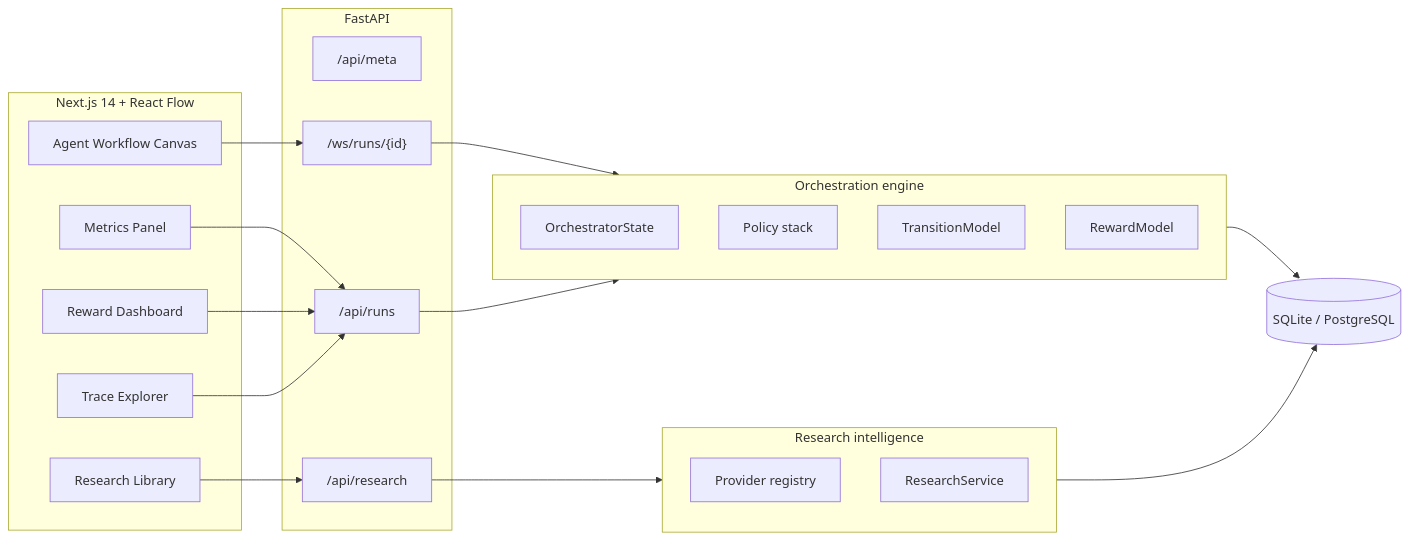
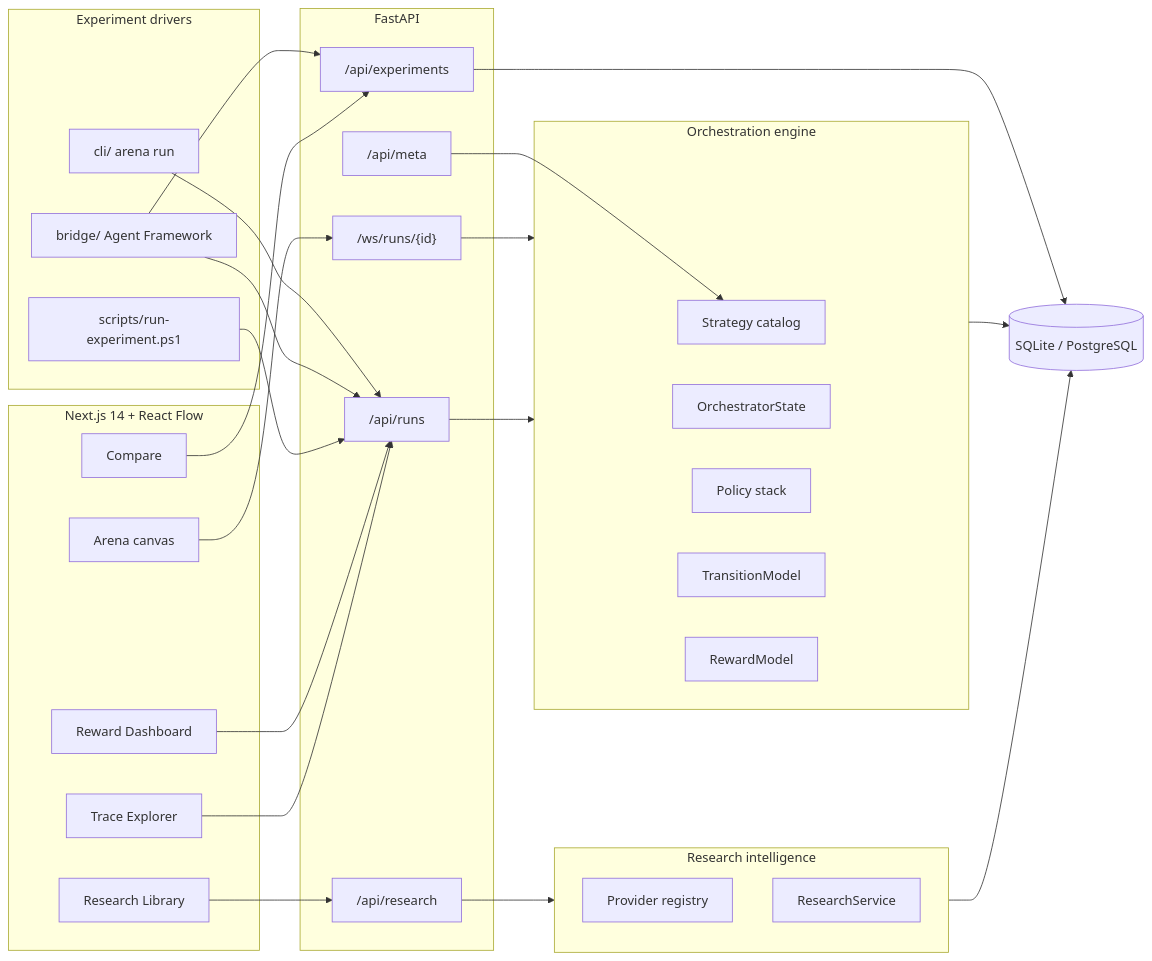
The first of 2 diagrams in docs/Architecture.md (Bakar404/markov-agent-orchestrator), drawn with Mermaid before and after one commit. The commit also changed other lines of this file, not shown here.

Commit message:
Refresh the architecture map for the experiment drivers and compare view

````diff
--- a/docs/Architecture.md
+++ b/docs/Architecture.md
@@ -28,44 +28,59 @@
 ```mermaid
 flowchart LR
+    subgraph Drivers["Experiment drivers"]
+        Cli["cli/ arena run"]
+        Bridge["bridge/ Agent Framework"]
+        Script["scripts/run-experiment.ps1"]
+    end
+
     subgraph Client["Next.js 14 + React Flow"]
-        Canvas[Agent Workflow Canvas]
-        Metrics[Metrics Panel]
+        Arena[Arena canvas]
+        Compare[Compare]
         Rewards[Reward Dashboard]
         Traces[Trace Explorer]
         Library[Research Library]
     end
 
     subgraph API["FastAPI"]
         Meta["/api/meta"]
         Runs["/api/runs"]
+        Experiments["/api/experiments"]
         Research["/api/research"]
         Socket["/ws/runs/{id}"]
     end
 
     subgraph Core["Orchestration engine"]
+        Catalog[Strategy catalog]
         State[OrchestratorState]
         Policy[Policy stack]
         Kernel[TransitionModel]
         Reward[RewardModel]
     end
 
     subgraph Intel["Research intelligence"]
         Providers[Provider registry]
         Service[ResearchService]
     end
 
     Store[(SQLite / PostgreSQL)]
 
-    Canvas --> Socket
-    Metrics --> Runs
+    Cli --> Runs
+    Bridge --> Runs
+    Script --> Runs
+    Bridge --> Experiments
+
+    Arena --> Socket
+    Compare --> Experiments
     Rewards --> Runs
     Traces --> Runs
     Library --> Research
 
     Socket --> Core
     Runs --> Core
+    Meta --> Catalog
+    Experiments --> Store
     Research --> Intel
 
     Core --> Store
     Intel --> Store
 ```
````
